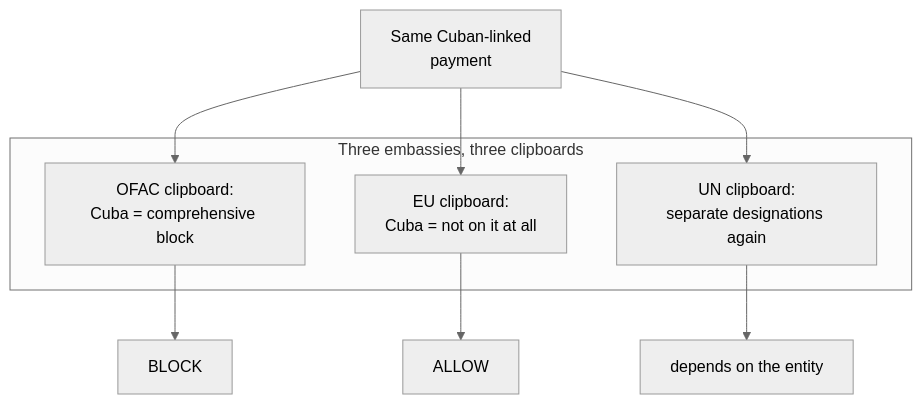
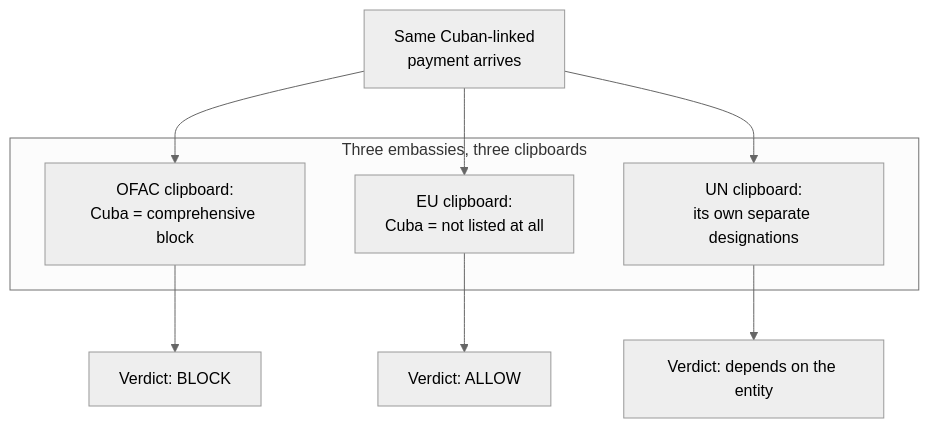
Before and after one commit to riyaz-pasha/Learnings: the third of 13 diagrams in system-design/HLD/0-course/51-Multi-Source-Sanctioned-Country-Payment-Blocking-FAANG-Guide-story.md, drawn with Mermaid (neutral theme). The commit also changed other lines of this file and 1 other file, not shown here.

Commit message:
[REWRITE] Multi-Source Sanctioned Country Payment Blocking story guide: simplify prose, add structure, fix diagrams

````diff
--- a/system-design/HLD/0-course/51-Multi-Source-Sanctioned-Country-Payment-Blocking-FAANG-Guide-story.md
+++ b/system-design/HLD/0-course/51-Multi-Source-Sanctioned-Country-Payment-Blocking-FAANG-Guide-story.md
@@ -146,14 +207,14 @@
 ```mermaid
 flowchart TB
     subgraph Booths["Three embassies, three clipboards"]
-        E1["OFAC clipboard:\nCuba = comprehensive block"]
-        E2["EU clipboard:\nCuba = not on it at all"]
-        E3["UN clipboard:\nseparate designations again"]
+        E1["OFAC clipboard:<br/>Cuba = comprehensive block"]
+        E2["EU clipboard:<br/>Cuba = not listed at all"]
+        E3["UN clipboard:<br/>its own separate designations"]
     end
-    T["Same Cuban-linked\npayment"] --> E1
+    T["Same Cuban-linked<br/>payment arrives"] --> E1
     T --> E2
     T --> E3
-    E1 --> R1["BLOCK"]
-    E2 --> R2["ALLOW"]
-    E3 --> R3["depends on the entity"]
+    E1 --> R1["Verdict: BLOCK"]
+    E2 --> R2["Verdict: ALLOW"]
+    E3 --> R3["Verdict: depends on the entity"]
 ```
````
